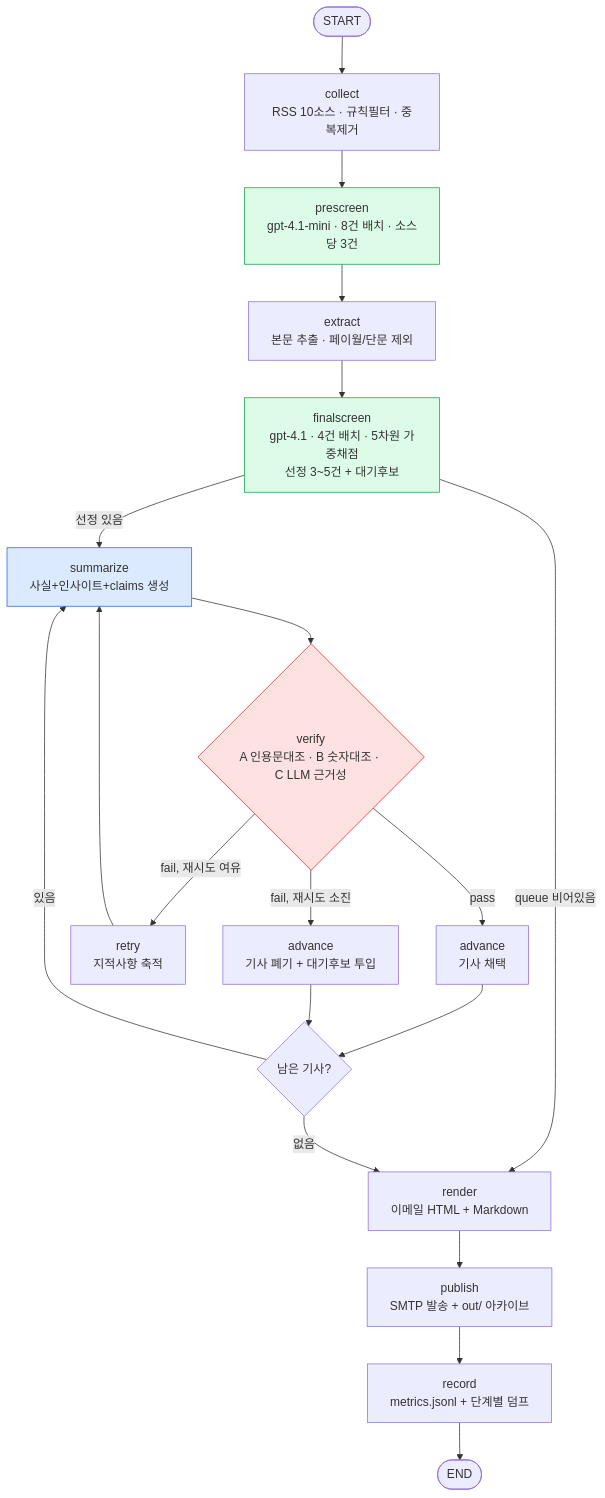
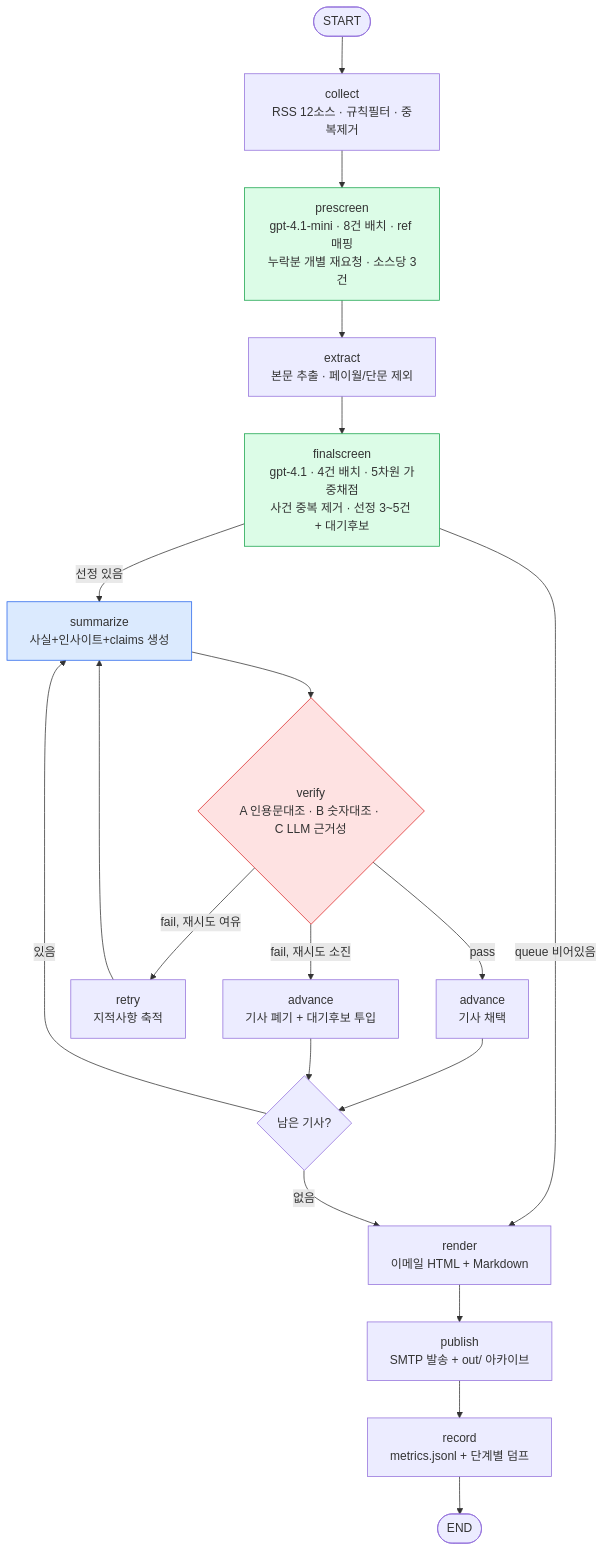
Before and after one commit to C-Lake864/the-ai-bill: the diagram in REPORT.md, drawn with Mermaid. The commit also changed other lines of this file and 27 other files, not shown here.

````diff
--- a/REPORT.md
+++ b/REPORT.md
@@ -312,26 +399,26 @@
 ```mermaid
 flowchart TD
-    START([START]) --> C[collect<br/>RSS 10소스 · 규칙필터 · 중복제거]
-    C --> P[prescreen<br/>gpt-4.1-mini · 8건 배치 · 소스당 3건]
+    START([START]) --> C[collect<br/>RSS 12소스 · 규칙필터 · 중복제거]
+    C --> P[prescreen<br/>gpt-4.1-mini · 8건 배치 · ref 매핑<br/>누락분 개별 재요청 · 소스당 3건]
     P --> X[extract<br/>본문 추출 · 페이월/단문 제외]
-    X --> F[finalscreen<br/>gpt-4.1 · 4건 배치 · 5차원 가중채점<br/>선정 3~5건 + 대기후보]
+    X --> F[finalscreen<br/>gpt-4.1 · 4건 배치 · 5차원 가중채점<br/>사건 중복 제거 · 선정 3~5건 + 대기후보]
     F -->|queue 비어있음| R
     F -->|선정 있음| S[summarize<br/>사실+인사이트+claims 생성]
     S --> V{verify<br/>A 인용문대조 · B 숫자대조 · C LLM 근거성}
     V -->|pass| A[advance<br/>기사 채택]
     V -->|fail, 재시도 여유| RT[retry<br/>지적사항 축적]
     V -->|fail, 재시도 소진| A2[advance<br/>기사 폐기 + 대기후보 투입]
     RT --> S
     A --> D{남은 기사?}
     A2 --> D
     D -->|있음| S
     D -->|없음| R[render<br/>이메일 HTML + Markdown]
     R --> PUB[publish<br/>SMTP 발송 + out/ 아카이브]
     PUB --> M[record<br/>metrics.jsonl + 단계별 덤프]
     M --> END([END])
 
     style V fill:#fee2e2,stroke:#dc2626
     style S fill:#dbeafe,stroke:#2563eb
     style F fill:#dcfce7,stroke:#16a34a
     style P fill:#dcfce7,stroke:#16a34a
 ```
````
